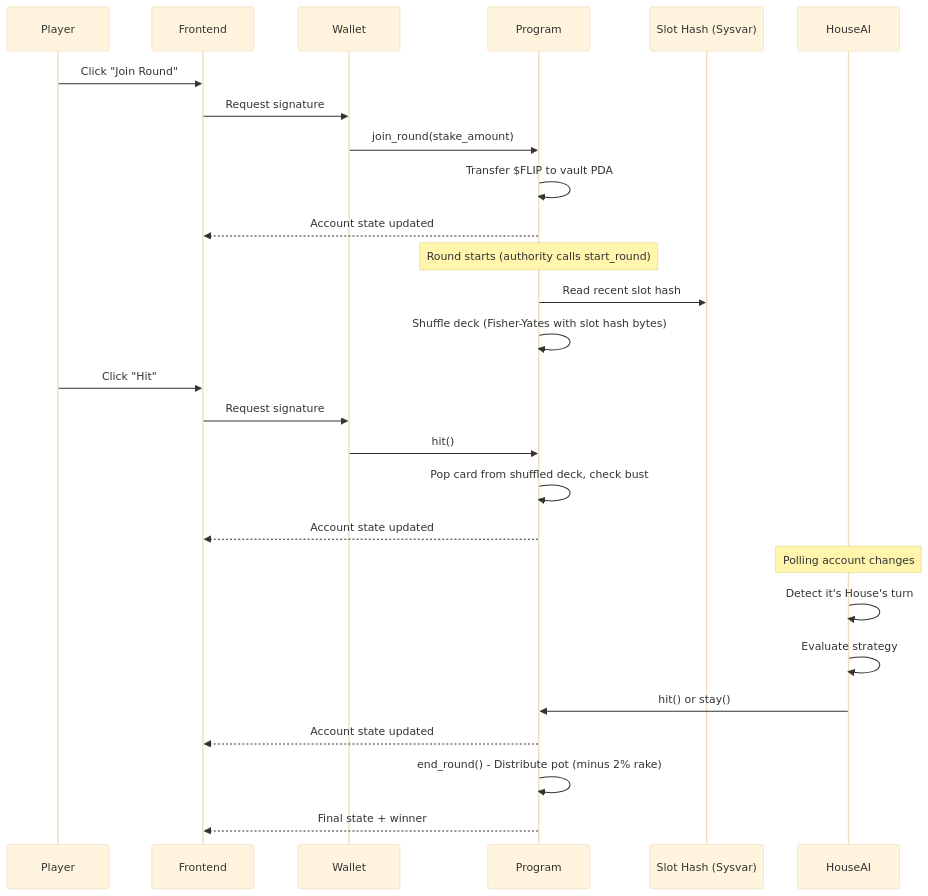
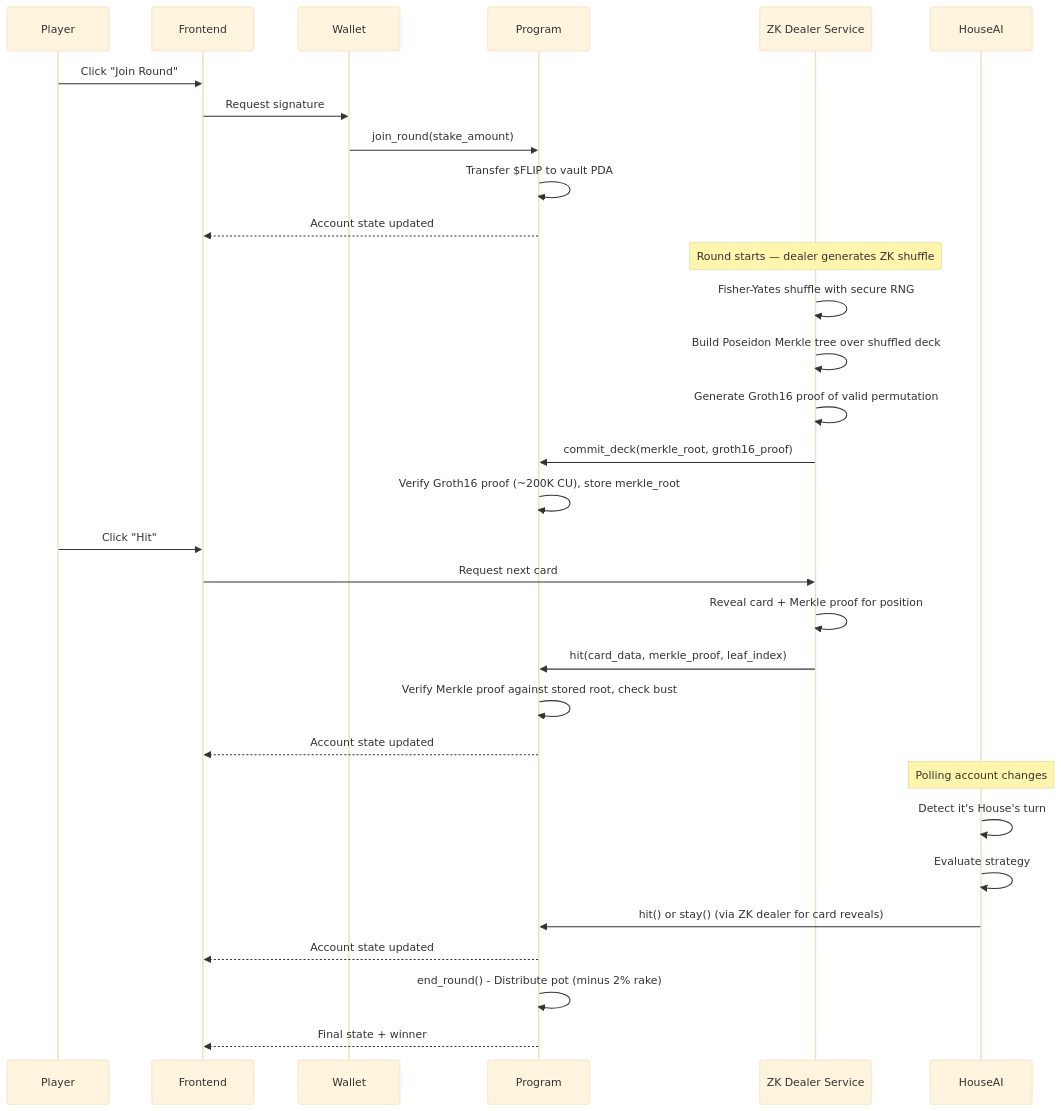
One commit to Panmoni/pushflip changed the diagram in docs/EXECUTION_PLAN.md. Above: the diagram before and after it, drawn with Mermaid (base theme). The commit also changed other lines of this file, not shown here.

First line of the commit message:
(docs): overhaul execution plan for Pinocchio + ZK architecture

````diff
--- a/docs/EXECUTION_PLAN.md
+++ b/docs/EXECUTION_PLAN.md
@@ -109,34 +111,38 @@
 ```mermaid
 sequenceDiagram
     participant Player
     participant Frontend
     participant Wallet
     participant Program
-    participant SlotHash as Slot Hash (Sysvar)
+    participant ZKDealer as ZK Dealer Service
     participant HouseAI
 
     Player->>Frontend: Click "Join Round"
     Frontend->>Wallet: Request signature
     Wallet->>Program: join_round(stake_amount)
     Program->>Program: Transfer $FLIP to vault PDA
     Program-->>Frontend: Account state updated
 
-    Note over Program: Round starts (authority calls start_round)
-    Program->>SlotHash: Read recent slot hash
-    Program->>Program: Shuffle deck (Fisher-Yates with slot hash bytes)
+    Note over ZKDealer: Round starts — dealer generates ZK shuffle
+    ZKDealer->>ZKDealer: Fisher-Yates shuffle with secure RNG
+    ZKDealer->>ZKDealer: Build Poseidon Merkle tree over shuffled deck
+    ZKDealer->>ZKDealer: Generate Groth16 proof of valid permutation
+    ZKDealer->>Program: commit_deck(merkle_root, groth16_proof)
+    Program->>Program: Verify Groth16 proof (~200K CU), store merkle_root
 
     Player->>Frontend: Click "Hit"
-    Frontend->>Wallet: Request signature
-    Wallet->>Program: hit()
-    Program->>Program: Pop card from shuffled deck, check bust
+    Frontend->>ZKDealer: Request next card
+    ZKDealer->>ZKDealer: Reveal card + Merkle proof for position
+    ZKDealer->>Program: hit(card_data, merkle_proof, leaf_index)
+    Program->>Program: Verify Merkle proof against stored root, check bust
     Program-->>Frontend: Account state updated
 
     Note over HouseAI: Polling account changes
     HouseAI->>HouseAI: Detect it's House's turn
     HouseAI->>HouseAI: Evaluate strategy
-    HouseAI->>Program: hit() or stay()
+    HouseAI->>Program: hit() or stay() (via ZK dealer for card reveals)
     Program-->>Frontend: Account state updated
 
     Program->>Program: end_round() - Distribute pot (minus 2% rake)
     Program-->>Frontend: Final state + winner
 ```
````
